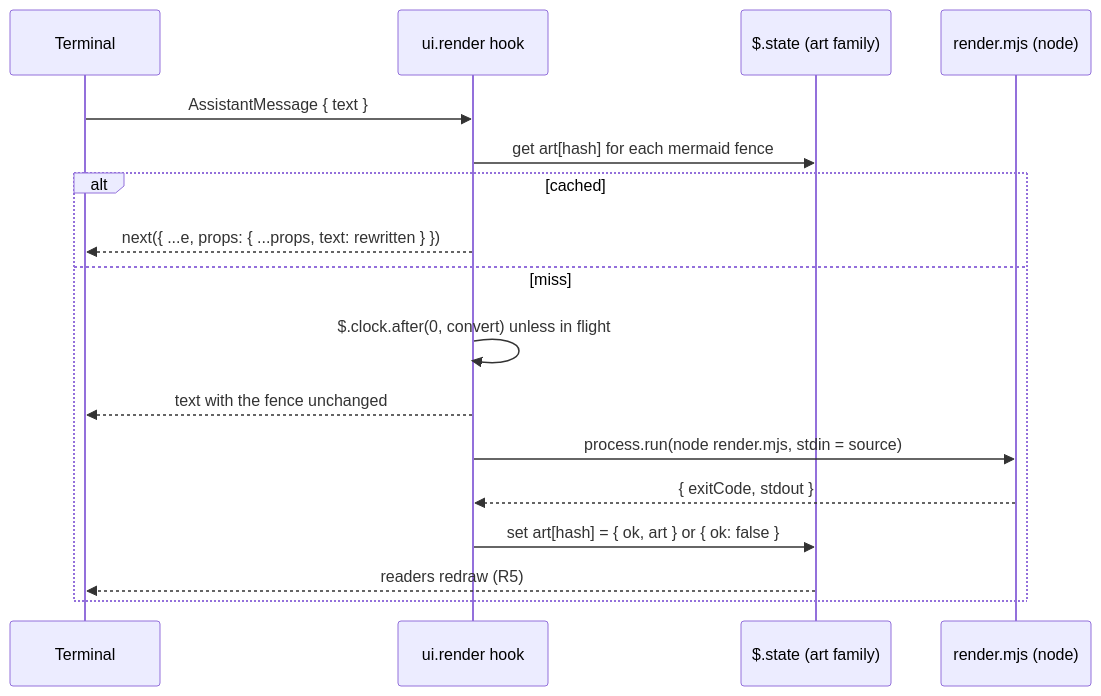
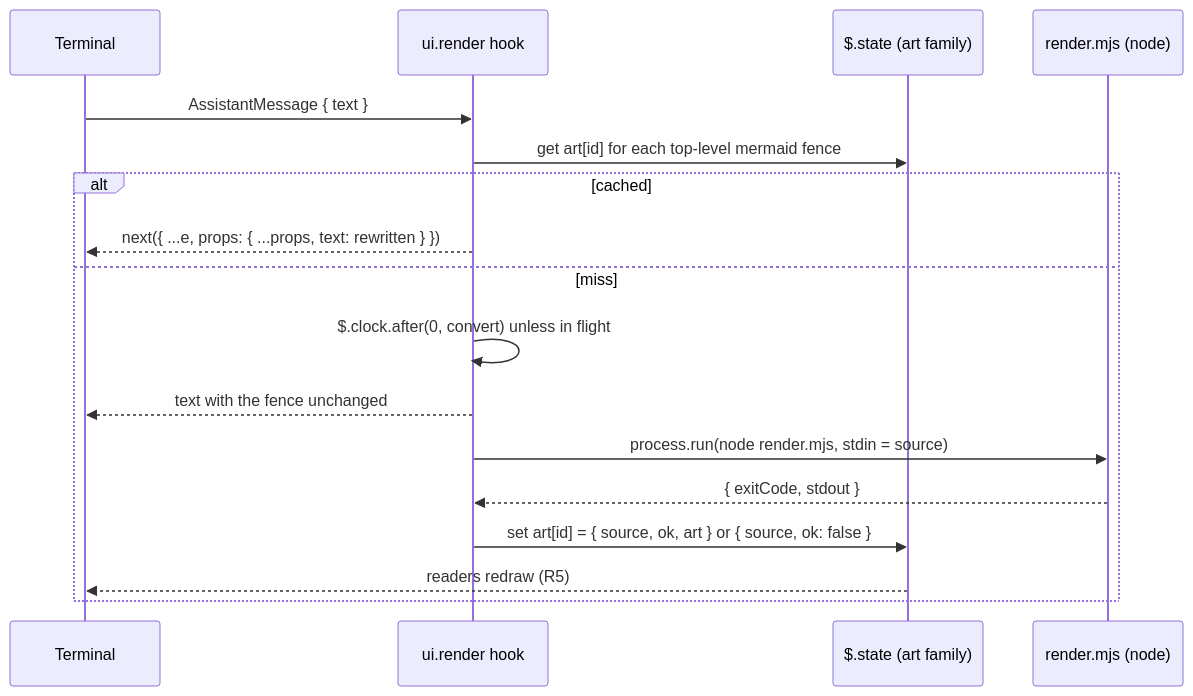
One commit to benkim0414/dotfiles changed the diagram in claude/.claude/mods/mermaid-ascii/intent/render-mermaid-as-ascii/spec.md. Above: the diagram before and after it, drawn with Mermaid. The commit also changed other lines of this file and 1 other file, not shown here.

First line of the commit message:
docs(mermaid-ascii): resolve design review findings in the spec

````diff
--- a/claude/.claude/mods/mermaid-ascii/intent/render-mermaid-as-ascii/spec.md
+++ b/claude/.claude/mods/mermaid-ascii/intent/render-mermaid-as-ascii/spec.md
@@ -65,19 +82,19 @@
 ```mermaid
 sequenceDiagram
     participant T as Terminal
     participant H as ui.render hook
     participant S as $.state (art family)
     participant C as render.mjs (node)
     T->>H: AssistantMessage { text }
-    H->>S: get art[hash] for each mermaid fence
+    H->>S: get art[id] for each top-level mermaid fence
     alt cached
         H-->>T: next({ ...e, props: { ...props, text: rewritten } })
     else miss
         H->>H: $.clock.after(0, convert) unless in flight
         H-->>T: text with the fence unchanged
         H->>C: process.run(node render.mjs, stdin = source)
         C-->>H: { exitCode, stdout }
-        H->>S: set art[hash] = { ok, art } or { ok: false }
+        H->>S: set art[id] = { source, ok, art } or { source, ok: false }
         S-->>T: readers redraw (R5)
     end
 ```
````
